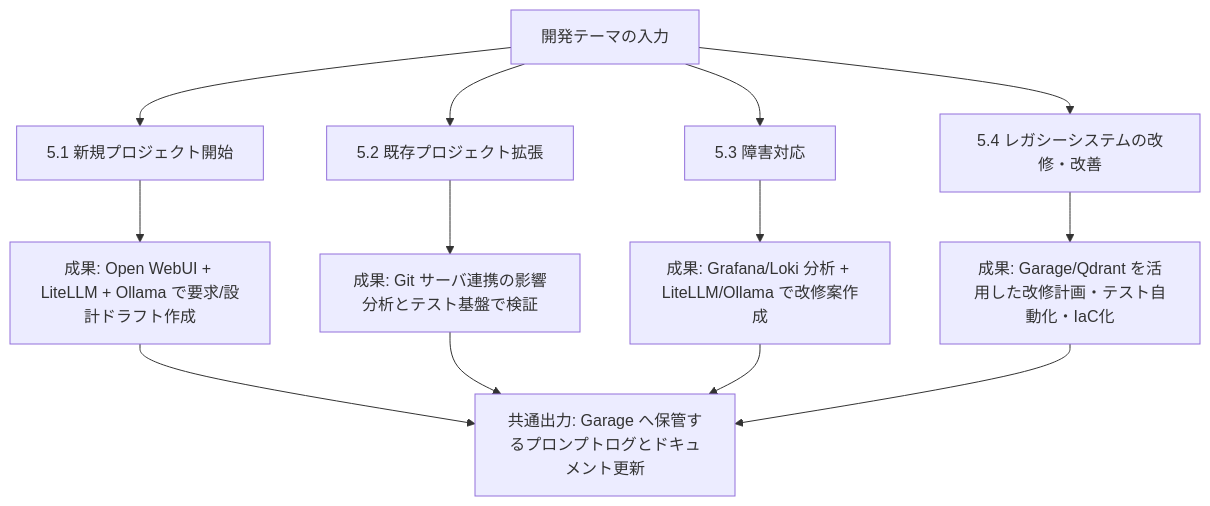
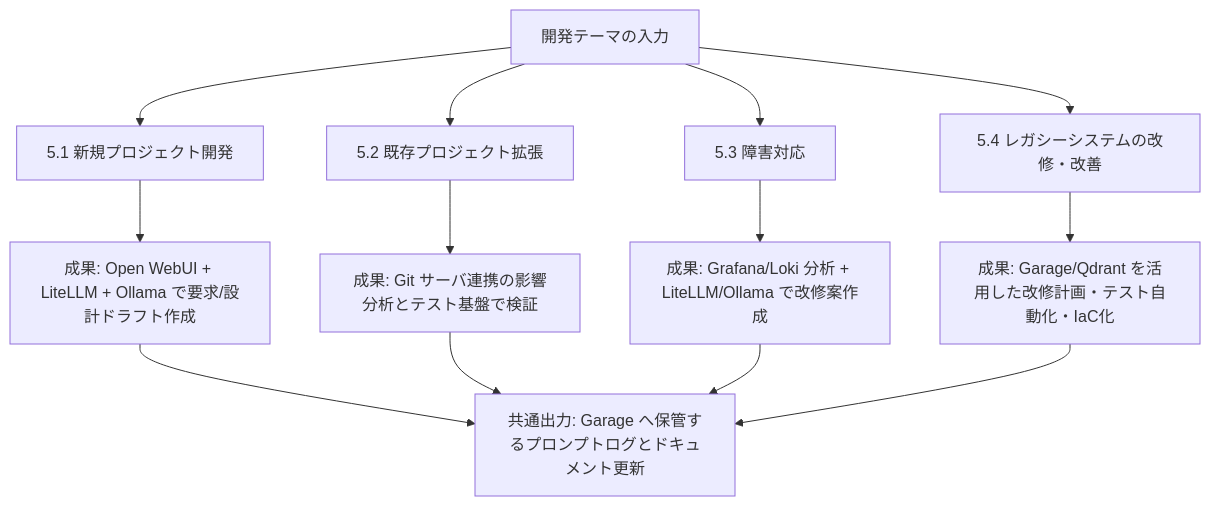
One commit to BossApe/lo-vibe changed the first of 6 diagrams in _document/001.提案・要求仕様フェーズ/001.サービス・アプリケーション案/001.ローカルバイブコーディング環境アプリケーション提案.md. Above: the diagram before and after it, drawn with Mermaid. The commit also changed other lines of this file and 1 other file, not shown here.

````diff
--- a/_document/001.提案・要求仕様フェーズ/001.サービス・アプリケーション案/001.ローカルバイブコーディング環境アプリケーション提案.md
+++ b/_document/001.提案・要求仕様フェーズ/001.サービス・アプリケーション案/001.ローカルバイブコーディング環境アプリケーション提案.md
@@ -125,17 +125,17 @@
 ```mermaid
 flowchart TB
-   Start[開発テーマの入力] --> UC1[5.1 新規プロジェクト開始]
+  Start[開発テーマの入力] --> UC1[5.1 新規プロジェクト開発]
    Start --> UC2[5.2 既存プロジェクト拡張]
    Start --> UC3[5.3 障害対応]
    Start --> UC4[5.4 レガシーシステムの改修・改善]
 
    UC1 --> O1[成果: Open WebUI + LiteLLM + Ollama で要求/設計ドラフト作成]
    UC2 --> O2[成果: Git サーバ連携の影響分析とテスト基盤で検証]
    UC3 --> O3[成果: Grafana/Loki 分析 + LiteLLM/Ollama で改修案作成]
    UC4 --> O4[成果: Garage/Qdrant を活用した改修計画・テスト自動化・IaC化]
 
    O1 --> Log[共通出力: Garage へ保管するプロンプトログとドキュメント更新]
    O2 --> Log
    O3 --> Log
    O4 --> Log
 ```
````
